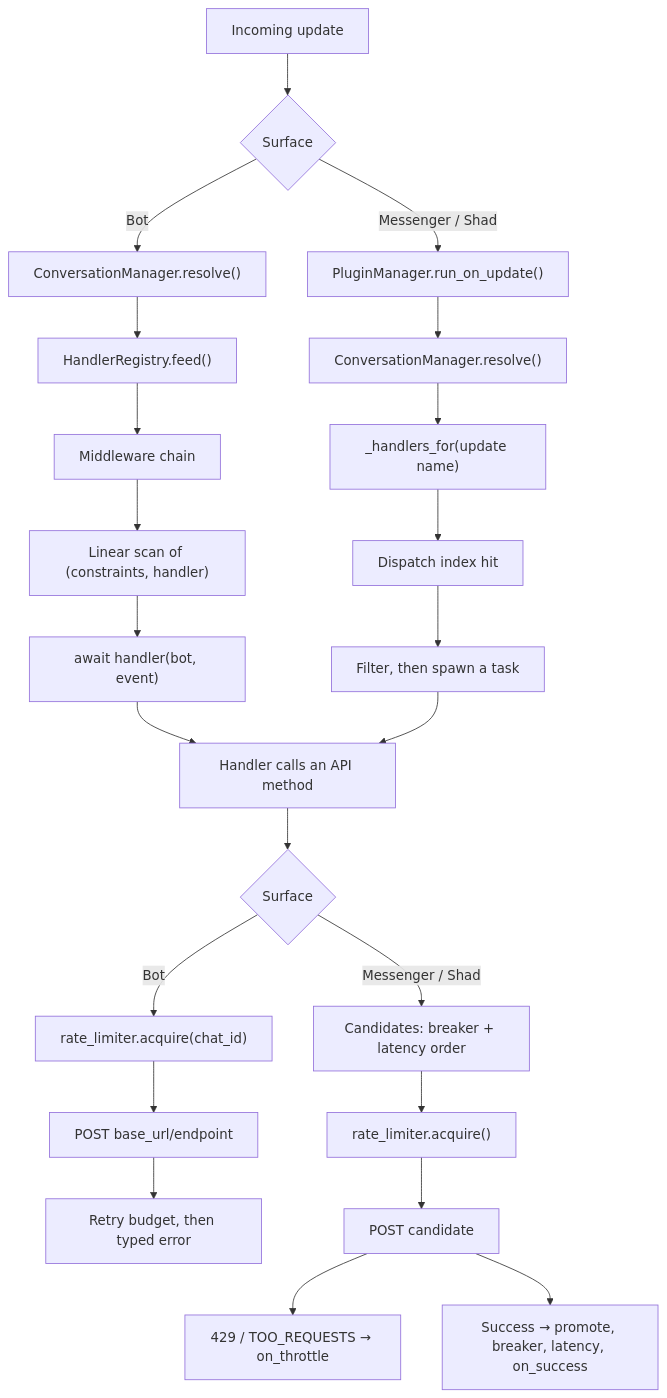
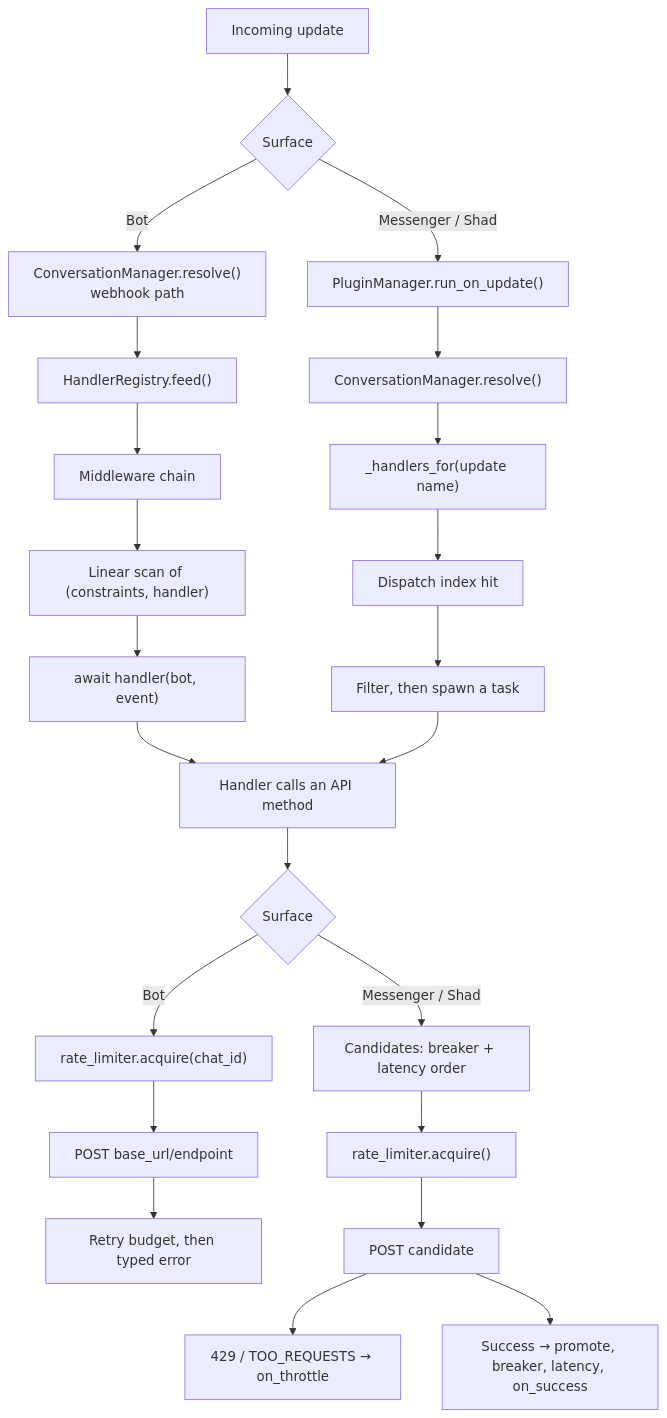
The diagram in docs/explanation/architecture.md (ManiTheFerfri/darkob), drawn with Mermaid before and after one commit. The commit also changed other lines of this file and 5 other files, not shown here.

````diff
--- a/docs/explanation/architecture.md
+++ b/docs/explanation/architecture.md
@@ -107,30 +109,30 @@
 ```mermaid
 flowchart TD
     A[Incoming update] --> B{Surface}
 
-    B -->|Bot| C["ConversationManager.resolve()"]
+    B -->|Bot| C["ConversationManager.resolve()<br/>webhook path"]
     C --> D["HandlerRegistry.feed()"]
     D --> E["Middleware chain"]
     E --> F["Linear scan of (constraints, handler)"]
     F --> G["await handler(bot, event)"]
 
     B -->|Messenger / Shad| H["PluginManager.run_on_update()"]
     H --> I["ConversationManager.resolve()"]
     I --> J["_handlers_for(update name)"]
     J --> K["Dispatch index hit"]
     K --> L["Filter, then spawn a task"]
 
     G --> M["Handler calls an API method"]
     L --> M
 
     M --> N{Surface}
     N -->|Bot| O["rate_limiter.acquire(chat_id)"]
     O --> P["POST base_url/endpoint"]
     P --> Q["Retry budget, then typed error"]
 
     N -->|Messenger / Shad| R["Candidates: breaker + latency order"]
     R --> S["rate_limiter.acquire()"]
     S --> T["POST candidate"]
     T --> U["429 / TOO_REQUESTS → on_throttle"]
     T --> V["Success → promote, breaker, latency, on_success"]
 ```
````
